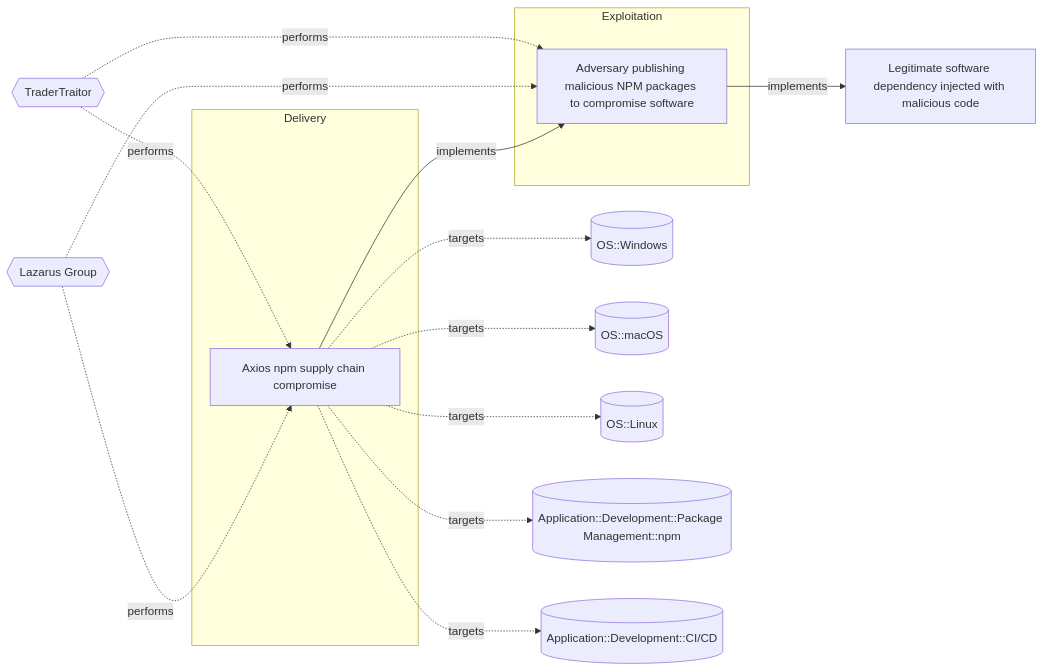
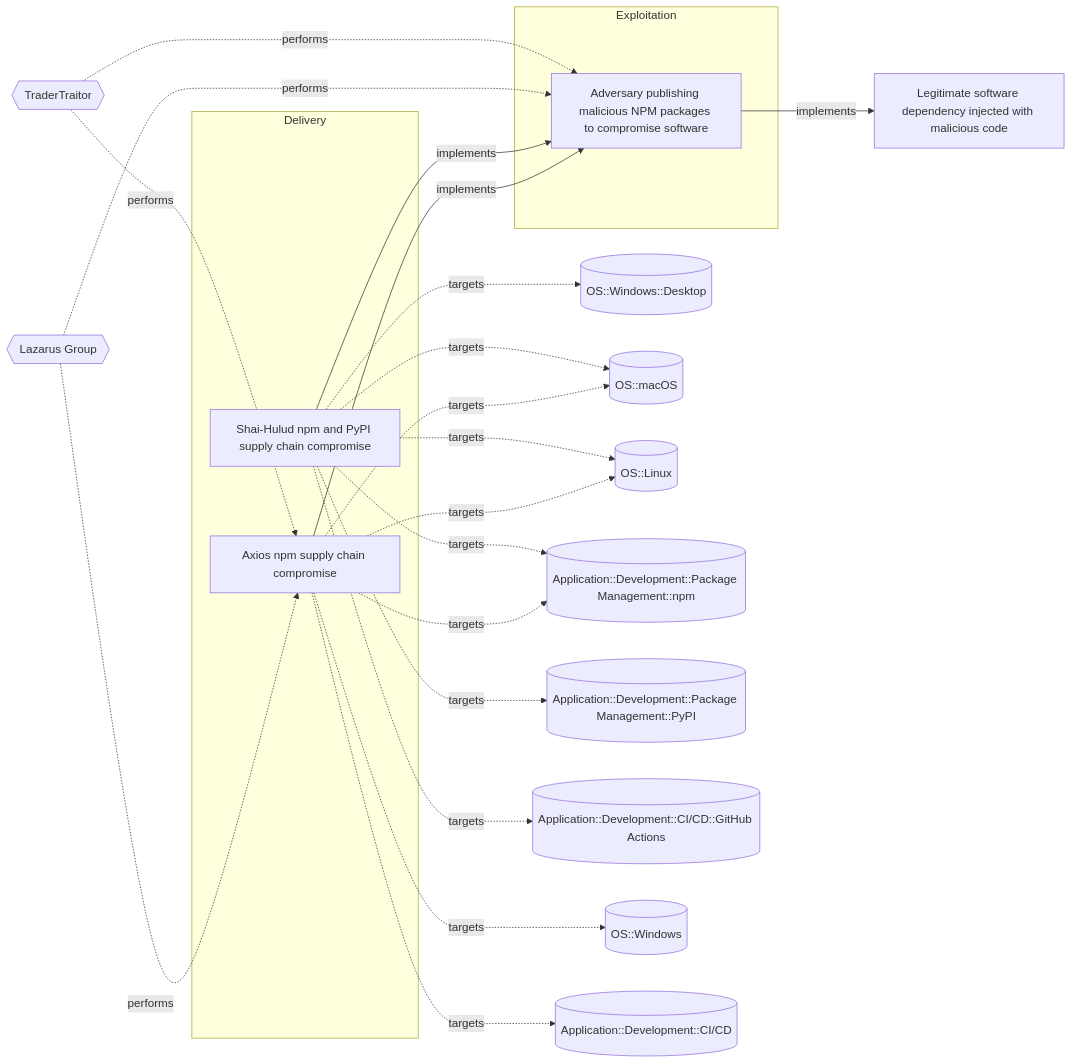
The diagram in Models/Threat Vectors/☣️ Adversary publishing malicious NPM packages to compromise software.md (OpenTideHQ/WikiTide), drawn with Mermaid before and after one commit. The commit also changed other lines of this file and 48 other files, not shown here.

````diff
--- a/Models/Threat Vectors/☣️ Adversary publishing malicious NPM packages to compromise software.md
+++ b/Models/Threat Vectors/☣️ Adversary publishing malicious NPM packages to compromise software.md
@@ -69,37 +69,49 @@
 ```mermaid
 
 flowchart LR
 
+59548b96-9b01-414c-badd-c0bf2ab40d9a[Shai-Hulud npm and PyPI supply chain compromise]
+d24f2b4a-80fc-4ee7-9293-3f6e9e3bbbe4[Adversary publishing malicious NPM packages to compromise software]
 000790d9-06de-49af-893d-e4993abe6e38[Axios npm supply chain compromise]
-d24f2b4a-80fc-4ee7-9293-3f6e9e3bbbe4[Adversary publishing malicious NPM packages to compromise software]
 b6887f4b-eeae-462c-a2ac-7454efb5eabc[Legitimate software dependency injected with malicious code]
 
 subgraph Delivery
+59548b96-9b01-414c-badd-c0bf2ab40d9a
 000790d9-06de-49af-893d-e4993abe6e38
 end
 subgraph Exploitation
 d24f2b4a-80fc-4ee7-9293-3f6e9e3bbbe4
 end
 
-OS::Windows[(OS::Windows)]
+OS::Windows::Desktop[(OS::Windows::Desktop)]
 OS::macOS[(OS::macOS)]
 OS::Linux[(OS::Linux)]
 Application::Development::PackageManagement::npm[(Application::Development::Package Management::npm)]
+Application::Development::PackageManagement::PyPI[(Application::Development::Package Management::PyPI)]
+Application::Development::CI/CD::GitHubActions[(Application::Development::CI/CD::GitHub Actions)]
+OS::Windows[(OS::Windows)]
 Application::Development::CI/CD[(Application::Development::CI/CD)]
 TraderTraitor{{TraderTraitor}}
 LazarusGroup{{Lazarus Group}}
 
+59548b96-9b01-414c-badd-c0bf2ab40d9a -.->|targets| OS::Windows::Desktop
+59548b96-9b01-414c-badd-c0bf2ab40d9a -.->|targets| OS::macOS
+59548b96-9b01-414c-badd-c0bf2ab40d9a -.->|targets| OS::Linux
+59548b96-9b01-414c-badd-c0bf2ab40d9a -.->|targets| Application::Development::PackageManagement::npm
+59548b96-9b01-414c-badd-c0bf2ab40d9a -.->|targets| Application::Development::PackageManagement::PyPI
+59548b96-9b01-414c-badd-c0bf2ab40d9a -.->|targets| Application::Development::CI/CD::GitHubActions
 000790d9-06de-49af-893d-e4993abe6e38 -.->|targets| OS::Windows
 000790d9-06de-49af-893d-e4993abe6e38 -.->|targets| OS::macOS
 000790d9-06de-49af-893d-e4993abe6e38 -.->|targets| OS::Linux
 000790d9-06de-49af-893d-e4993abe6e38 -.->|targets| Application::Development::PackageManagement::npm
 000790d9-06de-49af-893d-e4993abe6e38 -.->|targets| Application::Development::CI/CD
+TraderTraitor -.-> |performs| d24f2b4a-80fc-4ee7-9293-3f6e9e3bbbe4
+LazarusGroup -.-> |performs| d24f2b4a-80fc-4ee7-9293-3f6e9e3bbbe4
 TraderTraitor -.-> |performs| 000790d9-06de-49af-893d-e4993abe6e38
 LazarusGroup -.-> |performs| 000790d9-06de-49af-893d-e4993abe6e38
-TraderTraitor -.-> |performs| d24f2b4a-80fc-4ee7-9293-3f6e9e3bbbe4
-LazarusGroup -.-> |performs| d24f2b4a-80fc-4ee7-9293-3f6e9e3bbbe4
 
+59548b96-9b01-414c-badd-c0bf2ab40d9a -->|implements| d24f2b4a-80fc-4ee7-9293-3f6e9e3bbbe4
 000790d9-06de-49af-893d-e4993abe6e38 -->|implements| d24f2b4a-80fc-4ee7-9293-3f6e9e3bbbe4
 d24f2b4a-80fc-4ee7-9293-3f6e9e3bbbe4 -->|implements| b6887f4b-eeae-462c-a2ac-7454efb5eabc
 
 ```
````
